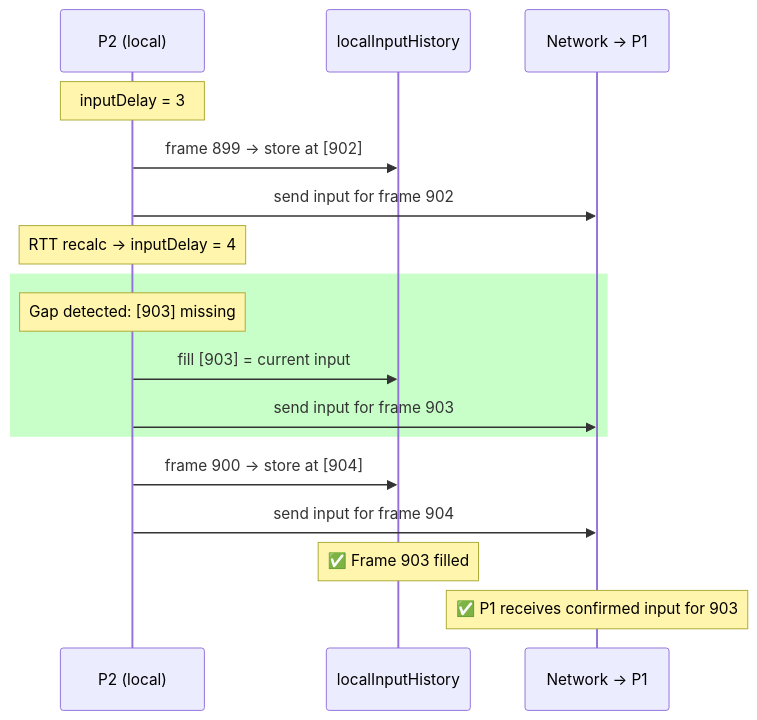
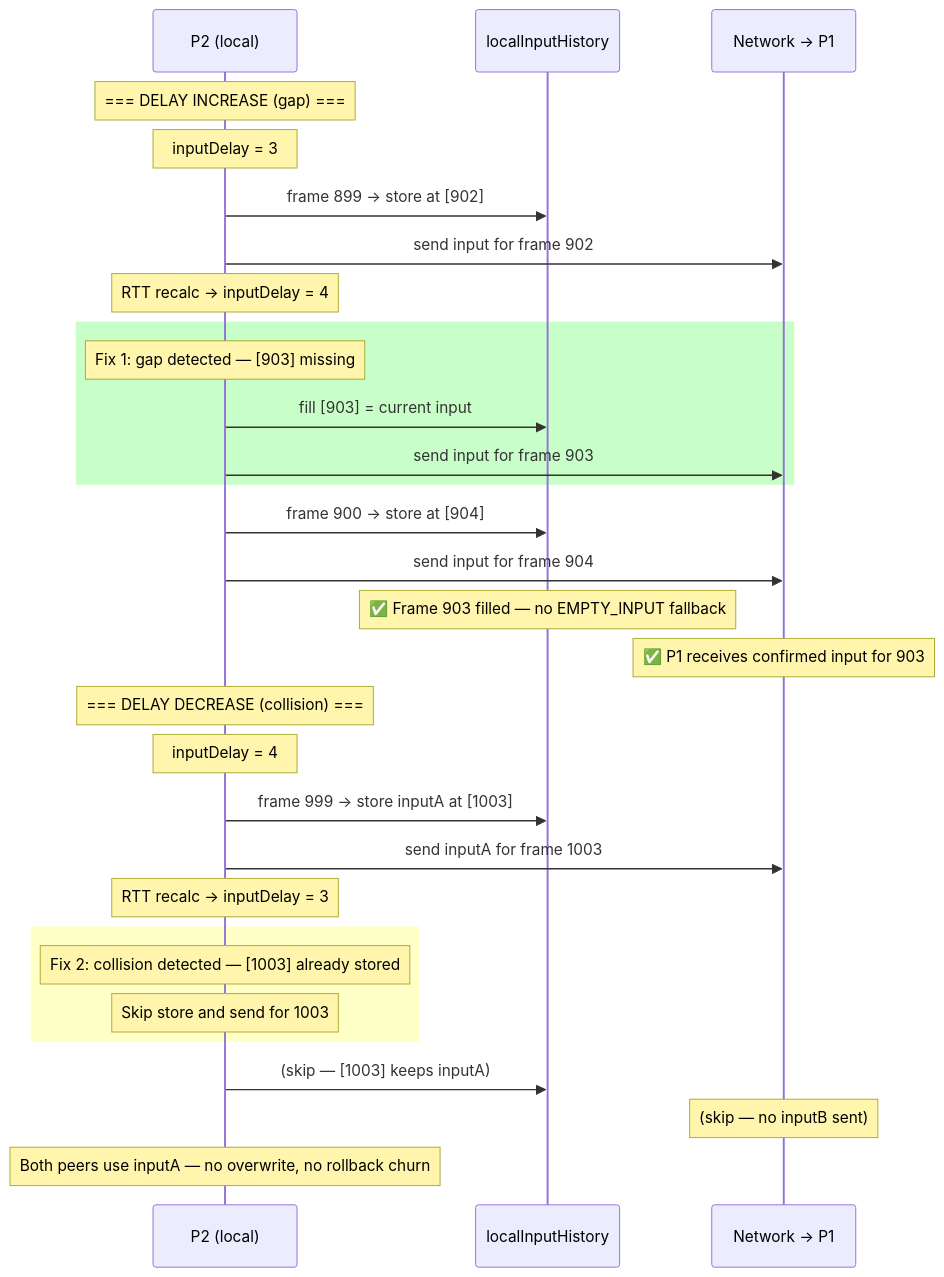
One commit to simon0191/a-los-traques changed the sixth of 6 diagrams in docs/rfcs/0014-fix-desync-adaptive-delay-gap.md. Above: the diagram before and after it, drawn with Mermaid. The commit also changed other lines of this file, not shown here.

First line of the commit message:
docs: update RFC 0013 with collision fix and clarifications

````diff
--- a/docs/rfcs/0014-fix-desync-adaptive-delay-gap.md
+++ b/docs/rfcs/0014-fix-desync-adaptive-delay-gap.md
@@ -239,24 +307,41 @@
 ```mermaid
 sequenceDiagram
     participant P2 as P2 (local)
     participant LIH as localInputHistory
     participant Net as Network → P1
 
+    Note over P2: === DELAY INCREASE (gap) ===
     Note over P2: inputDelay = 3
     P2->>LIH: frame 899 → store at [902]
     P2->>Net: send input for frame 902
 
     Note over P2: RTT recalc → inputDelay = 4
 
     rect rgb(200, 255, 200)
-        Note over P2: Gap detected: [903] missing
+        Note over P2: Fix 1: gap detected — [903] missing
         P2->>LIH: fill [903] = current input
         P2->>Net: send input for frame 903
     end
 
     P2->>LIH: frame 900 → store at [904]
     P2->>Net: send input for frame 904
 
-    Note over LIH: ✅ Frame 903 filled
+    Note over LIH: ✅ Frame 903 filled — no EMPTY_INPUT fallback
     Note over Net: ✅ P1 receives confirmed input for 903
+
+    Note over P2: === DELAY DECREASE (collision) ===
+    Note over P2: inputDelay = 4
+    P2->>LIH: frame 999 → store inputA at [1003]
+    P2->>Net: send inputA for frame 1003
+
+    Note over P2: RTT recalc → inputDelay = 3
+
+    rect rgb(255, 255, 200)
+        Note over P2: Fix 2: collision detected — [1003] already stored
+        Note over P2: Skip store and send for 1003
+    end
+
+    P2->>LIH: (skip — [1003] keeps inputA)
+    Note over Net: (skip — no inputB sent)
+    Note over P2: Both peers use inputA — no overwrite, no rollback churn
 ```
````
